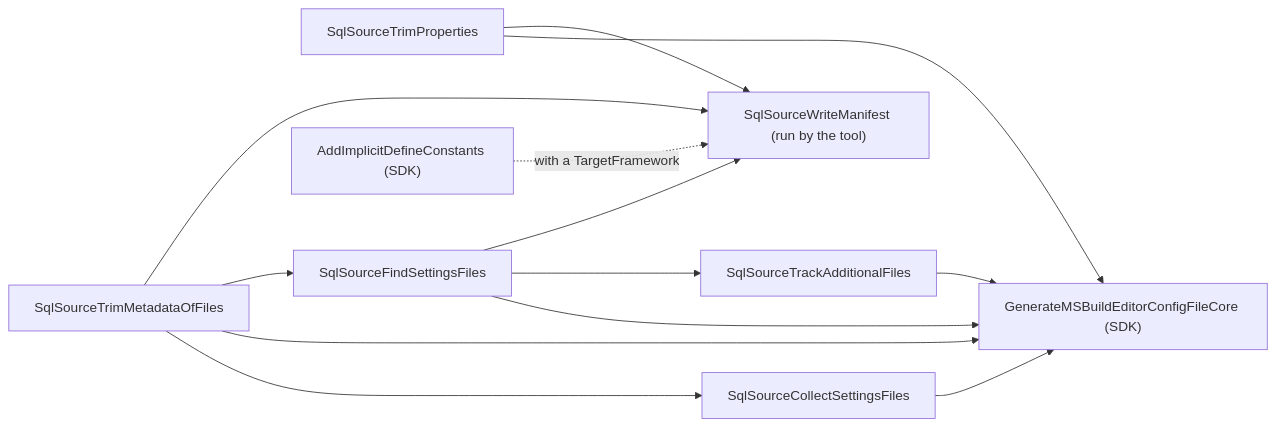
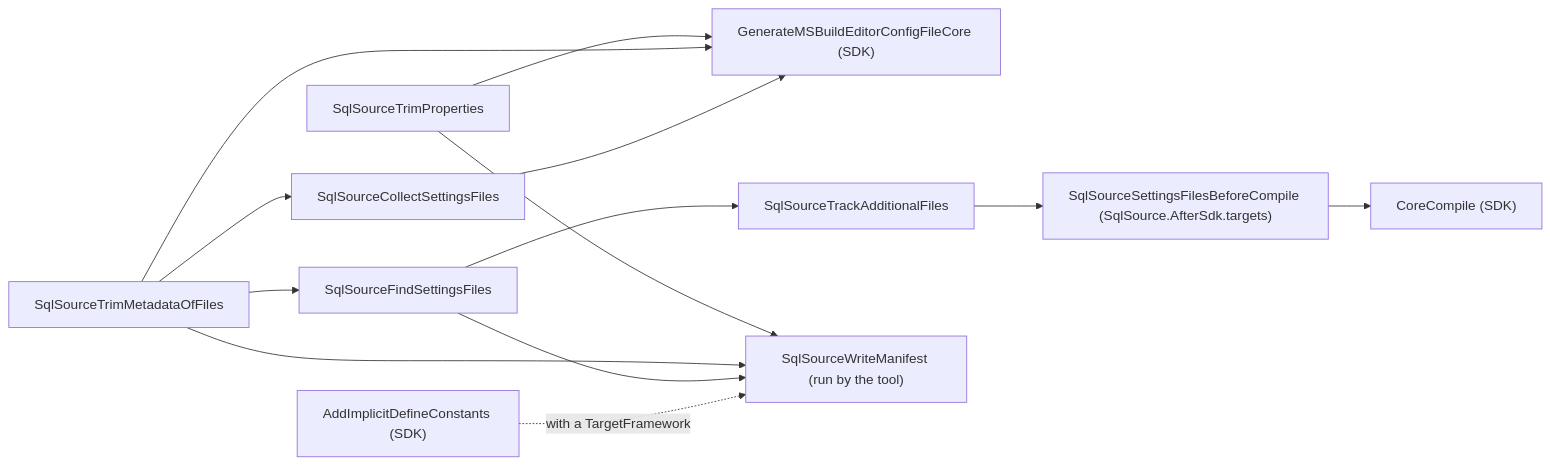
One commit to mbcrawfo/SqlSource changed the diagram in docs/architecture/msbuild-and-manifest.md. Above: the diagram before and after it, drawn with Mermaid. The commit also changed other lines of this file and 19 other files, not shown here.

First line of the commit message:
Search for settings files just before the compiler, after every hook of the project

````diff
--- a/docs/architecture/msbuild-and-manifest.md
+++ b/docs/architecture/msbuild-and-manifest.md
@@ -17,15 +18,15 @@
 ```mermaid
 flowchart LR
     trimProperties["SqlSourceTrimProperties"] --> sdk["GenerateMSBuildEditorConfigFileCore (SDK)"]
     trimMetadata["SqlSourceTrimMetadataOfFiles"] --> collect["SqlSourceCollectSettingsFiles"]
     trimMetadata --> sdk
     collect --> sdk
     trimMetadata --> find["SqlSourceFindSettingsFiles"]
-    find --> sdk
     find --> track["SqlSourceTrackAdditionalFiles"]
-    track --> sdk
+    track --> late["SqlSourceSettingsFilesBeforeCompile (SqlSource.AfterSdk.targets)"]
+    late --> compile["CoreCompile (SDK)"]
     trimProperties --> manifest["SqlSourceWriteManifest (run by the tool)"]
     trimMetadata --> manifest
     find --> manifest
     defines["AddImplicitDefineConstants (SDK)"] -.->|"with a TargetFramework"| manifest
 ```
````
